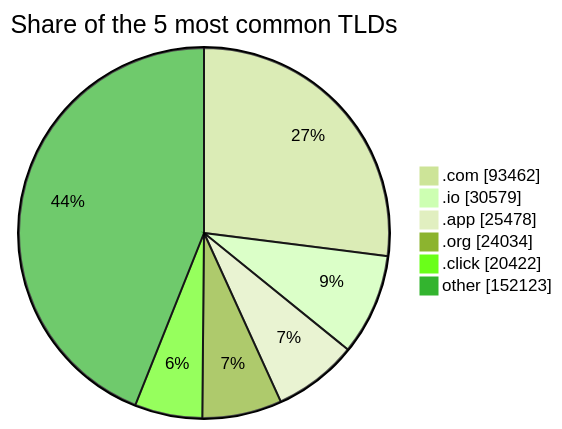
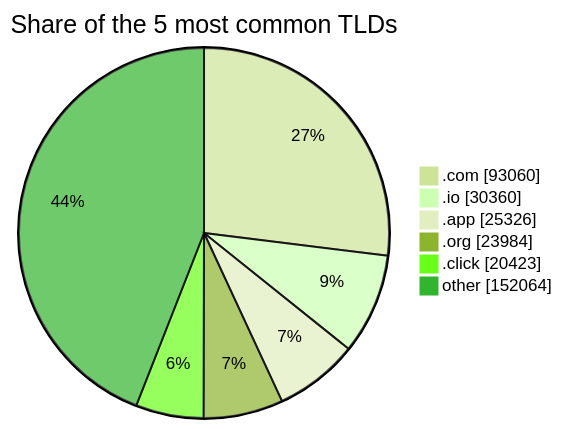
One commit to DNSBunker/CTI changed the third of 3 diagrams in README.md. Above: the diagram before and after it, drawn with Mermaid (forest theme). The commit also changed other lines of this file and 4 other files, not shown here.

````diff
--- a/README.md
+++ b/README.md
@@ -81,9 +81,9 @@
 ```mermaid
 pie showData title Share of the 5 most common TLDs
-    ".com" : 93462
-    ".io" : 30579
-    ".app" : 25478
-    ".org" : 24034
-    ".click" : 20422
-    "other" : 152123
+    ".com" : 93060
+    ".io" : 30360
+    ".app" : 25326
+    ".org" : 23984
+    ".click" : 20423
+    "other" : 152064
 ```
````
